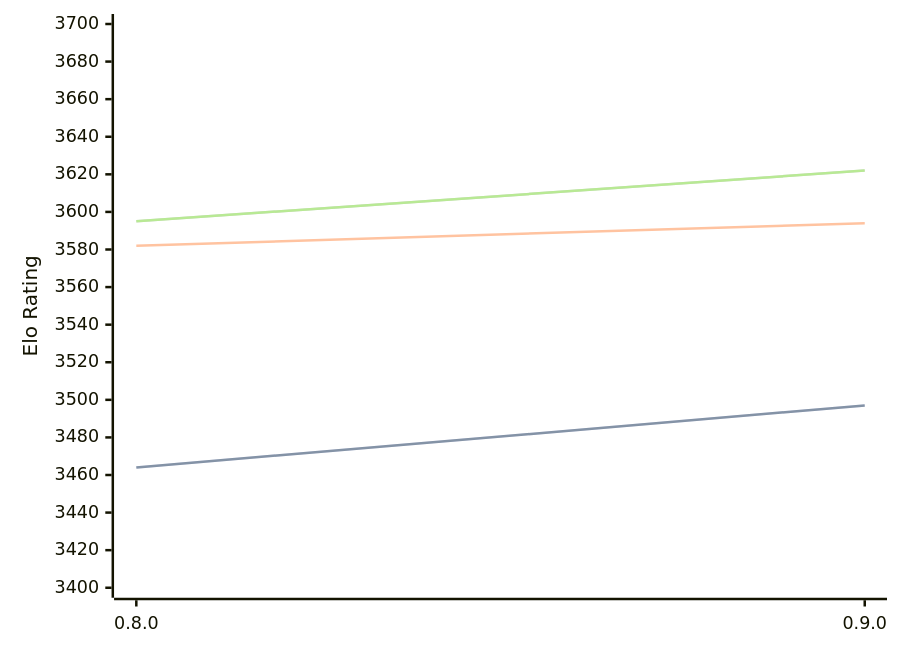
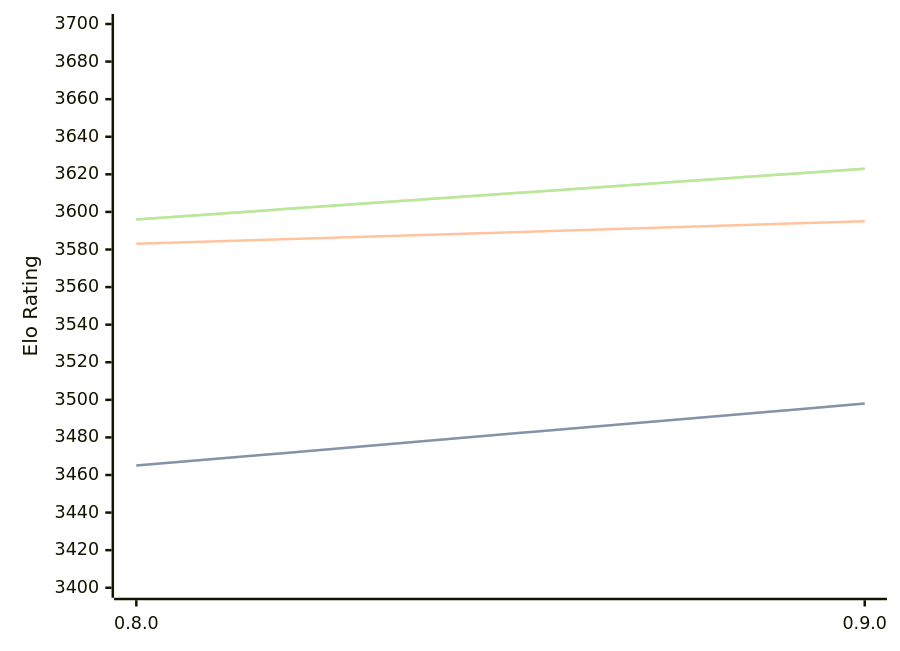
The diagram in engines/Reckless.md (computer-chess-index/cci), drawn with Mermaid before and after one commit. The commit also changed other lines of this file, not shown here.

Commit message:
Update CCI Ratings (ELO VLTC) - 2026-04-03

````diff
--- a/engines/Reckless.md
+++ b/engines/Reckless.md
@@ -39,11 +39,11 @@
 ```mermaid
 %%{init: {"theme":"base","themeVariables":{"seriesColors:['#a3a3a3','#222221','#faa371']}}}%%
 xychart-beta
   x-axis ["0.8.0", "0.9.0"]
   y-axis "Elo Rating" 3400 --> 3700
-  line "STC (8.0+0.08s)" [3464, 3497]
-  line "STC (8.0+0.08s)" [3464, 3497]
-  line "LTC (60.0+0.60s)" [3582, 3594]
-  line "VLTC (2m24s+1.12s)" [3595, 3622]
-  line "VLTC (2m24s+1.12s)" [3595, 3622]
+  line "STC (8.0+0.08s)" [3465, 3498]
+  line "STC (8.0+0.08s)" [3465, 3498]
+  line "LTC (60.0+0.60s)" [3583, 3595]
+  line "VLTC (2m24s+1.12s)" [3596, 3623]
+  line "VLTC (2m24s+1.12s)" [3596, 3623]
 ```
````
